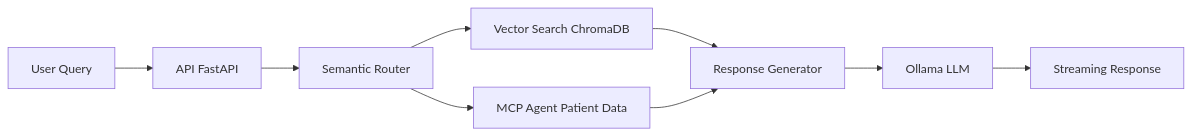
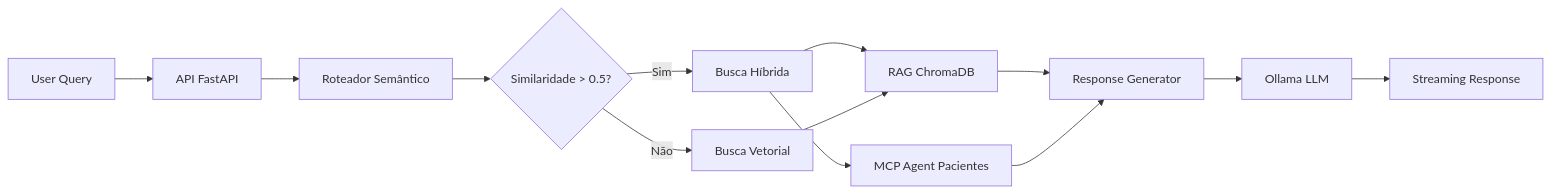
Before and after one commit to Pedro-Marquardt/medical-assistant: the diagram in README.md, drawn with Mermaid. The commit also changed other lines of this file and 1 other file, not shown here.

````diff
--- a/README.md
+++ b/README.md
@@ -187,11 +207,15 @@
 ```mermaid
 graph LR
     A[User Query] --> B[API FastAPI]
-    B --> C[Semantic Router]
-    C --> D[Vector Search ChromaDB]
-    C --> E[MCP Agent Patient Data]
-    D --> F[Response Generator]
-    E --> F
-    F --> G[Ollama LLM]
-    G --> H[Streaming Response]
+    B --> C[Roteador Semântico]
+    C --> D{Similaridade > 0.5?}
+    D -->|Sim| E[Busca Híbrida]
+    D -->|Não| F[Busca Vetorial]
+    E --> G[RAG ChromaDB]
+    E --> H[MCP Agent Pacientes]
+    F --> G
+    G --> I[Response Generator]
+    H --> I
+    I --> J[Ollama LLM]
+    J --> K[Streaming Response]
 ```
````
